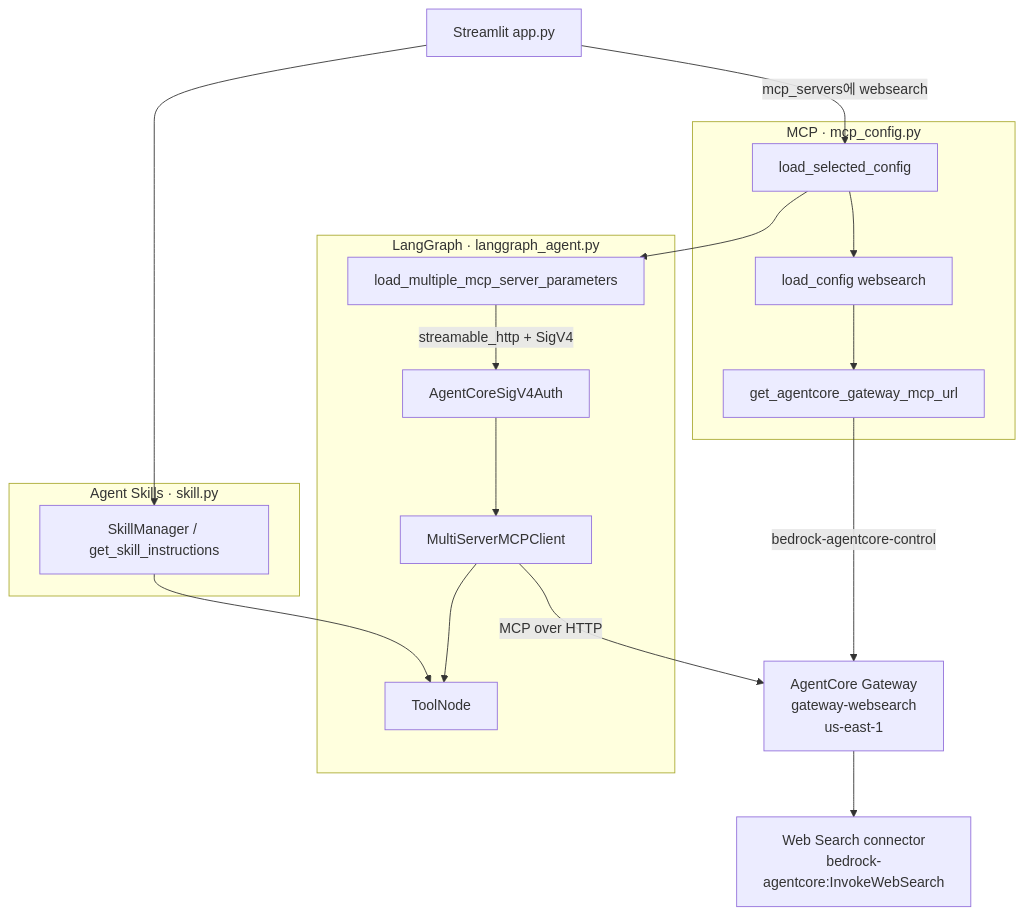
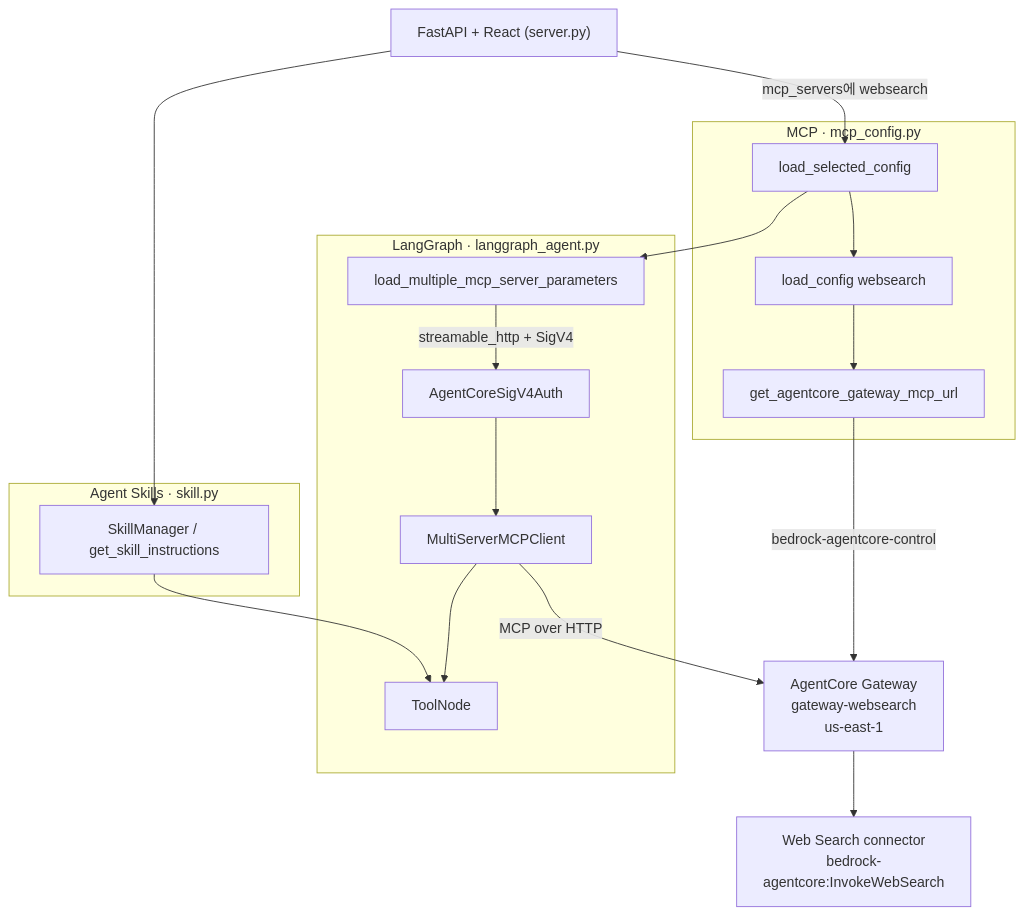
One commit to kyopark2014/agent-skills changed the second of 3 diagrams in websearch.md. Above: the diagram before and after it, drawn with Mermaid. The commit also changed other lines of this file and 101 other files, not shown here.

First line of the commit message:
Replace Streamlit UI with FastAPI+React and local LangGraph agent.

````diff
--- a/websearch.md
+++ b/websearch.md
@@ -142,38 +142,38 @@
 ```mermaid
 flowchart TB
-  UI["Streamlit app.py"]
+  UI["FastAPI + React (server.py)"]
 
   subgraph Skills["Agent Skills · skill.py"]
     SK[SkillManager / get_skill_instructions]
   end
 
   subgraph MCP["MCP · mcp_config.py"]
     LC[load_config websearch]
     GURL[get_agentcore_gateway_mcp_url]
     LSC[load_selected_config]
   end
 
   subgraph LG["LangGraph · langgraph_agent.py"]
     LMS[load_multiple_mcp_server_parameters]
     AUTH[AgentCoreSigV4Auth]
     MSC[MultiServerMCPClient]
     TN[ToolNode]
   end
 
   GW["AgentCore Gateway\ngateway-websearch\nus-east-1"]
   WS["Web Search connector\nbedrock-agentcore:InvokeWebSearch"]
 
   UI -->|mcp_servers에 websearch| LSC
   UI --> SK
   LSC --> LC
   LC --> GURL
   GURL -->|bedrock-agentcore-control| GW
 
   LSC --> LMS
   LMS -->|streamable_http + SigV4| AUTH
   AUTH --> MSC
   MSC -->|MCP over HTTP| GW
   GW --> WS
   MSC --> TN
   SK --> TN
 ```
````
